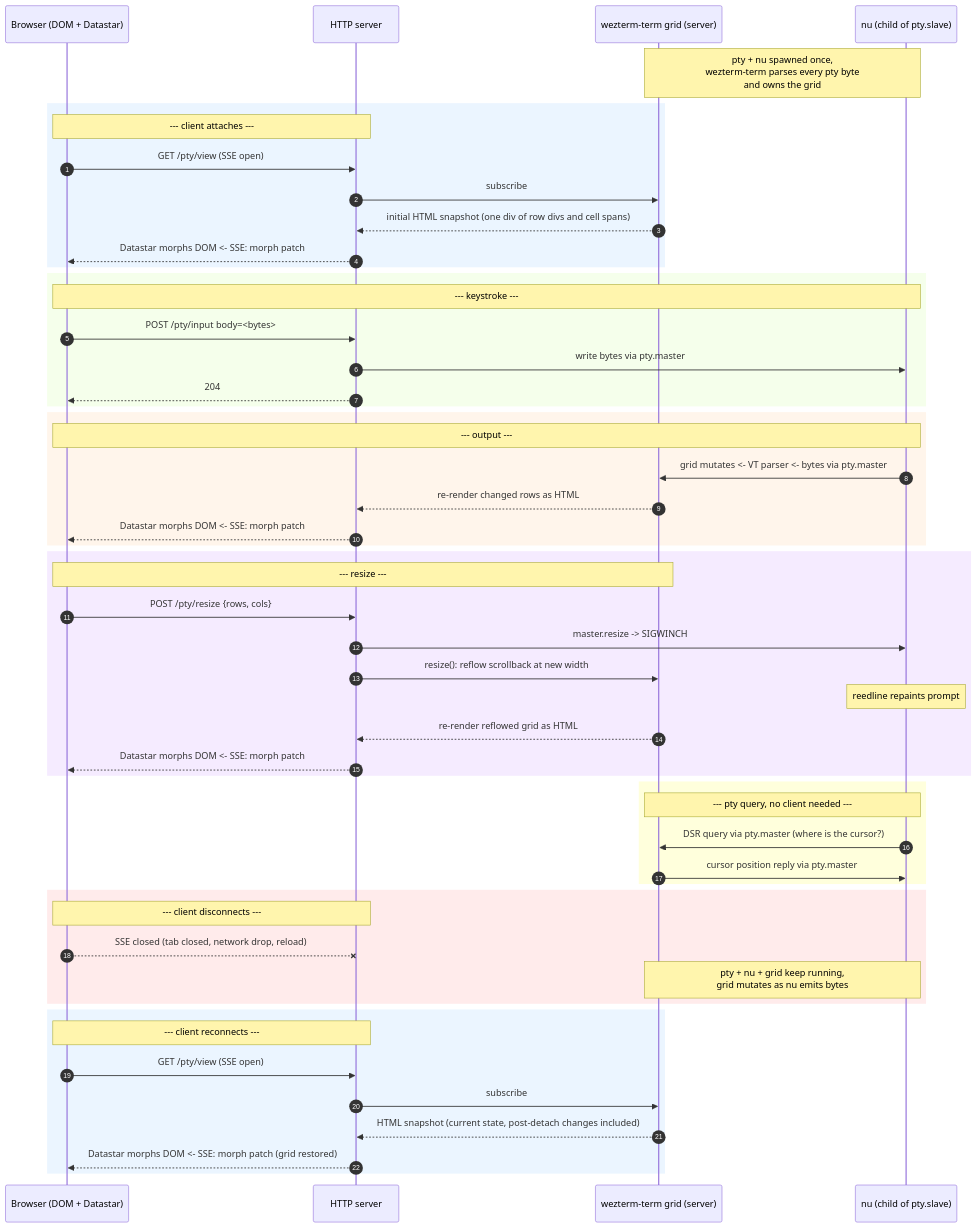
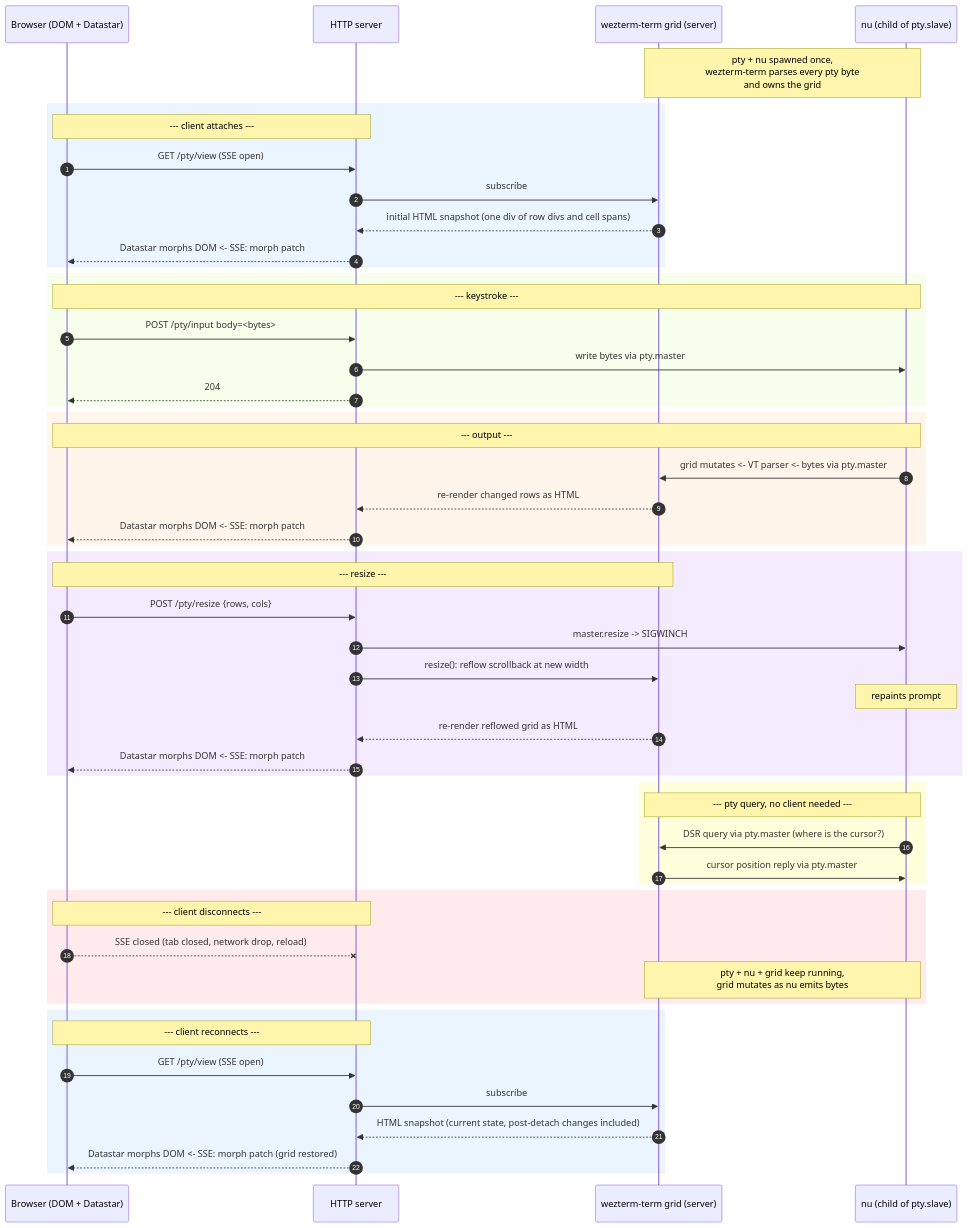
One commit to cablehead/stacks2099 changed the third of 3 diagrams in journey.md. Above: the diagram before and after it, drawn with Mermaid. The commit also changed other lines of this file, not shown here.

Commit message:
docs(journey): use nu consistently in diagrams, drop reedline

````diff
--- a/journey.md
+++ b/journey.md
@@ -264,62 +264,62 @@
 ```mermaid
 sequenceDiagram
     autonumber
     participant Browser as Browser (DOM + Datastar)
     participant HTTP as HTTP server
     participant Grid as wezterm-term grid (server)
     participant Nu as nu (child of pty.slave)
 
     Note over Grid,Nu: pty + nu spawned once,<br/>wezterm-term parses every pty byte<br/>and owns the grid
 
     rect rgb(235, 245, 255)
         Note over Browser,HTTP: --- client attaches ---
         Browser->>HTTP: GET /pty/view  (SSE open)
         HTTP->>Grid: subscribe
         Grid-->>HTTP: initial HTML snapshot (one div of row divs and cell spans)
         HTTP-->>Browser: Datastar morphs DOM <- SSE: morph patch
     end
 
     rect rgb(245, 255, 235)
         Note over Browser,Nu: --- keystroke ---
         Browser->>HTTP: POST /pty/input  body=<bytes>
         HTTP->>Nu: write bytes via pty.master
         HTTP-->>Browser: 204
     end
 
     rect rgb(255, 245, 235)
         Note over Nu,Browser: --- output ---
         Nu->>Grid: grid mutates <- VT parser <- bytes via pty.master
         Grid-->>HTTP: re-render changed rows as HTML
         HTTP-->>Browser: Datastar morphs DOM <- SSE: morph patch
     end
 
     rect rgb(245, 235, 255)
         Note over Browser,Grid: --- resize ---
         Browser->>HTTP: POST /pty/resize {rows, cols}
         HTTP->>Nu: master.resize -> SIGWINCH
         HTTP->>Grid: resize(): reflow scrollback at new width
-        Note over Nu: reedline repaints prompt
+        Note over Nu: repaints prompt
         Grid-->>HTTP: re-render reflowed grid as HTML
         HTTP-->>Browser: Datastar morphs DOM <- SSE: morph patch
     end
 
     rect rgb(255, 255, 220)
         Note over Nu,Grid: --- pty query, no client needed ---
         Nu->>Grid: DSR query via pty.master  (where is the cursor?)
         Grid->>Nu: cursor position reply via pty.master
     end
 
     rect rgb(255, 235, 235)
         Note over Browser,HTTP: --- client disconnects ---
         Browser--xHTTP: SSE closed (tab closed, network drop, reload)
         Note over Grid,Nu: pty + nu + grid keep running,<br/>grid mutates as nu emits bytes
     end
 
     rect rgb(235, 245, 255)
         Note over Browser,HTTP: --- client reconnects ---
         Browser->>HTTP: GET /pty/view  (SSE open)
         HTTP->>Grid: subscribe
         Grid-->>HTTP: HTML snapshot (current state, post-detach changes included)
         HTTP-->>Browser: Datastar morphs DOM <- SSE: morph patch (grid restored)
     end
 ```
````
